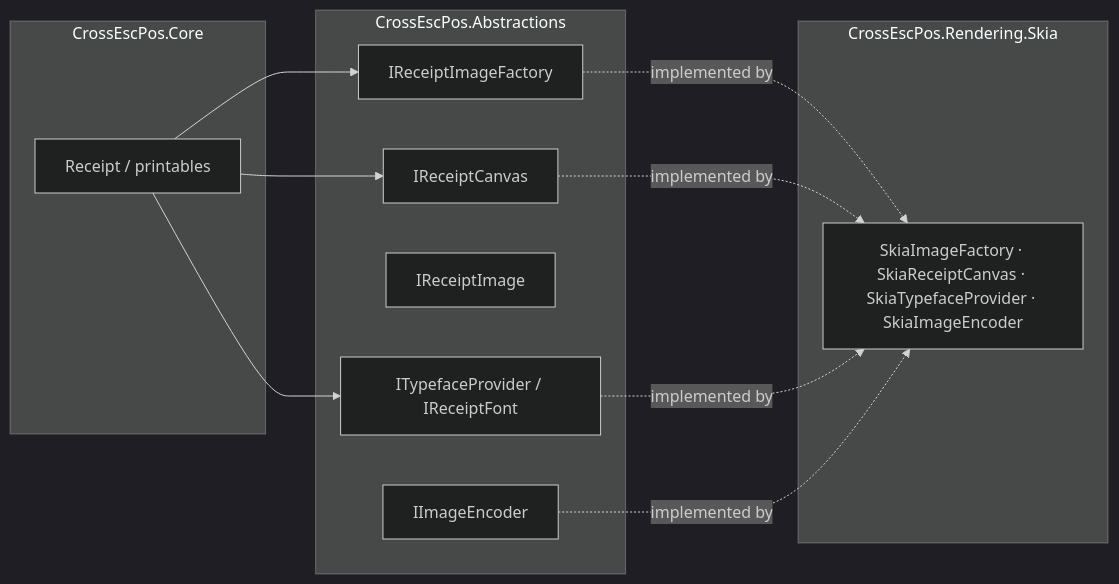
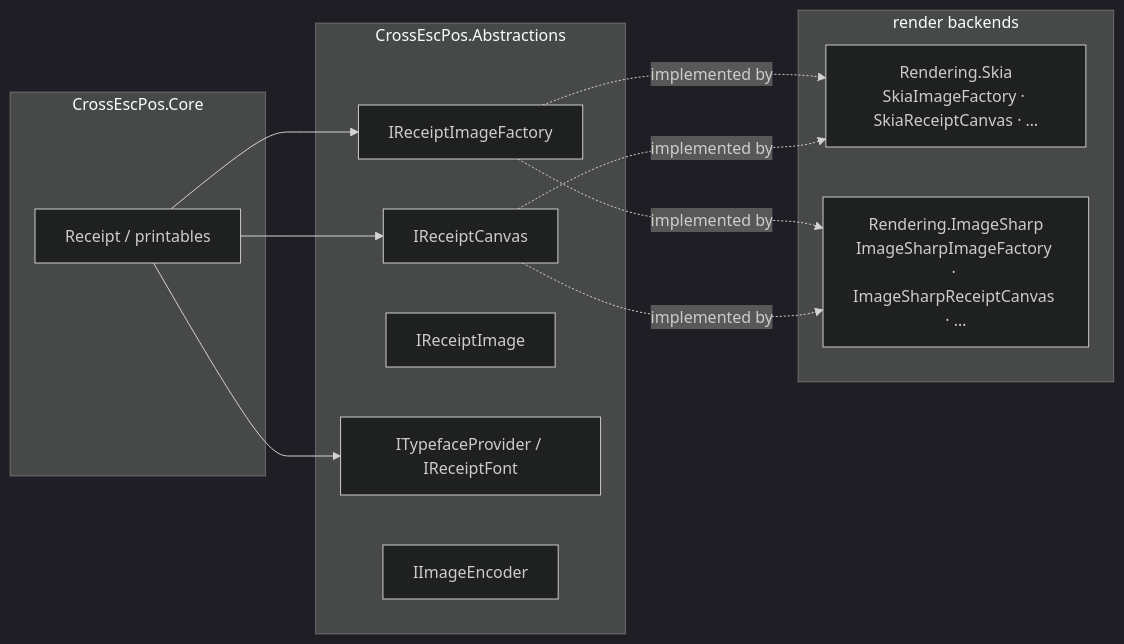
The diagram in docs/packages/rendering.md (danielmeza/CrossEscPosEmulator), drawn with Mermaid (dark theme) before and after one commit. The commit also changed other lines of this file and 5 other files, not shown here.

First line of the commit message:
Docs: add ImageSharp backend, Blazor web guide, and a render-backend guide

````diff
--- a/docs/packages/rendering.md
+++ b/docs/packages/rendering.md
@@ -7,23 +14,24 @@
 ```mermaid
 flowchart LR
     subgraph core["CrossEscPos.Core"]
         receipt["Receipt / printables"]
     end
     subgraph abs["CrossEscPos.Abstractions"]
         factory["IReceiptImageFactory"]
         canvas["IReceiptCanvas"]
         image["IReceiptImage"]
         font["ITypefaceProvider / IReceiptFont"]
         encoder["IImageEncoder"]
     end
-    subgraph skia["CrossEscPos.Rendering.Skia"]
-        s["SkiaImageFactory · SkiaReceiptCanvas · SkiaTypefaceProvider · SkiaImageEncoder"]
+    subgraph backends["render backends"]
+        s["Rendering.Skia<br/>SkiaImageFactory · SkiaReceiptCanvas · …"]
+        i["Rendering.ImageSharp<br/>ImageSharpImageFactory · ImageSharpReceiptCanvas · …"]
     end
     receipt --> factory
     receipt --> canvas
     receipt --> font
     factory -.implemented by.-> s
+    factory -.implemented by.-> i
     canvas -.implemented by.-> s
-    font -.implemented by.-> s
-    encoder -.implemented by.-> s
+    canvas -.implemented by.-> i
 ```
````
